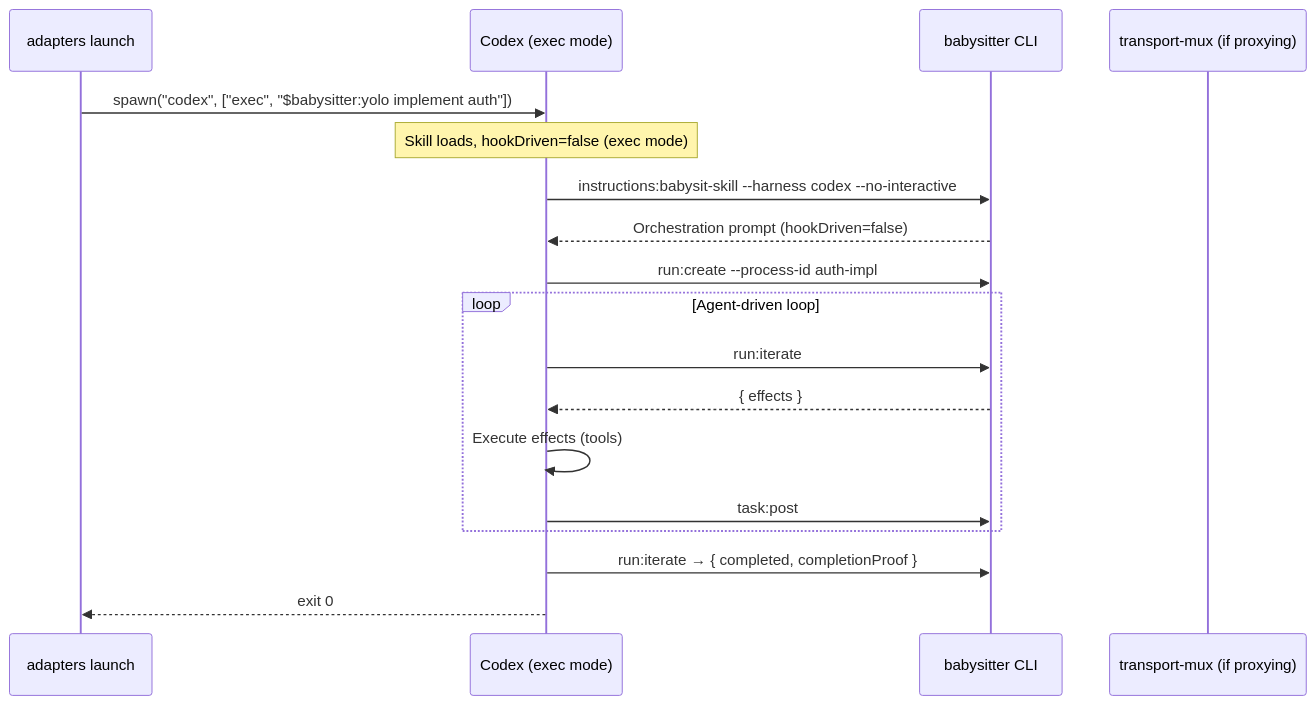
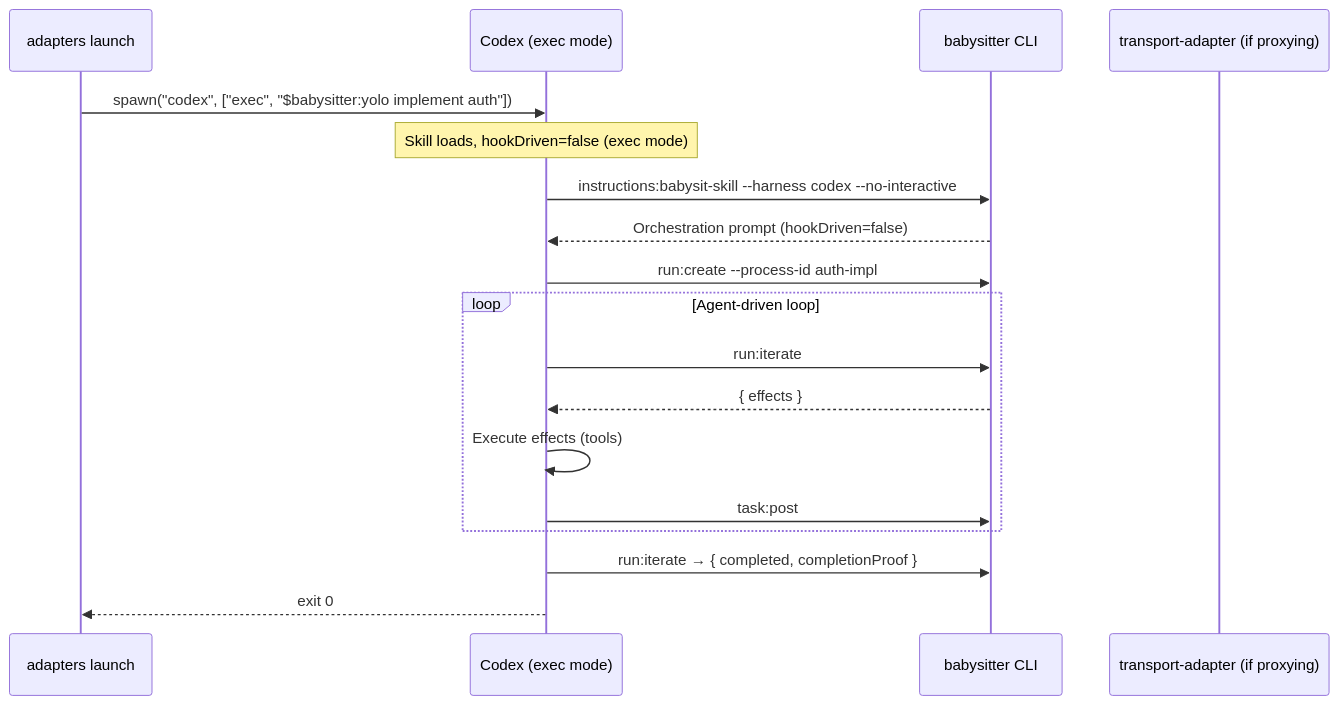
Diagram 14 of 16 in docs/development/03-babysitter-plugin-flows.md (danielkman/babysitter), drawn with Mermaid before and after one commit. The commit also changed other lines of this file and 682 other files, not shown here.

First line of the commit message:
refactor: eliminate -mux terminology from source — use -adapter

````diff
--- a/docs/development/03-babysitter-plugin-flows.md
+++ b/docs/development/03-babysitter-plugin-flows.md
@@ -465,25 +465,25 @@
 ```mermaid
 sequenceDiagram
     participant AM as adapters launch
     participant CX as Codex (exec mode)
     participant SDK as babysitter CLI
-    participant TM as transport-mux (if proxying)
+    participant TM as transport-adapter (if proxying)
 
     AM->>CX: spawn("codex", ["exec", "$babysitter:yolo implement auth"])
     
     Note over CX: Skill loads, hookDriven=false (exec mode)
     CX->>SDK: instructions:babysit-skill --harness codex --no-interactive
     SDK-->>CX: Orchestration prompt (hookDriven=false)
 
     CX->>SDK: run:create --process-id auth-impl
     
     loop Agent-driven loop
         CX->>SDK: run:iterate
         SDK-->>CX: { effects }
         CX->>CX: Execute effects (tools)
         CX->>SDK: task:post
     end
 
     CX->>SDK: run:iterate → { completed, completionProof }
     CX-->>AM: exit 0
 ```
````
